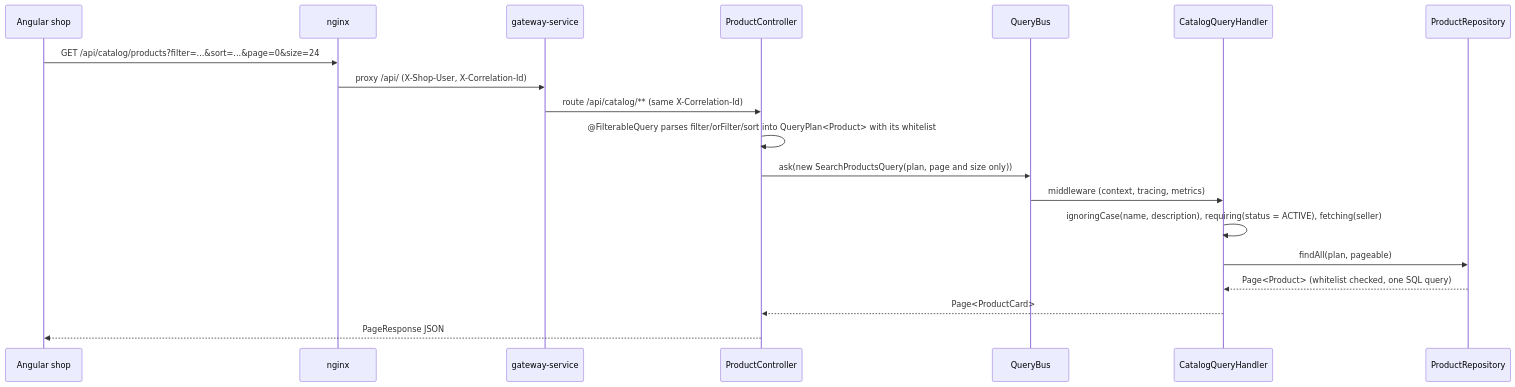
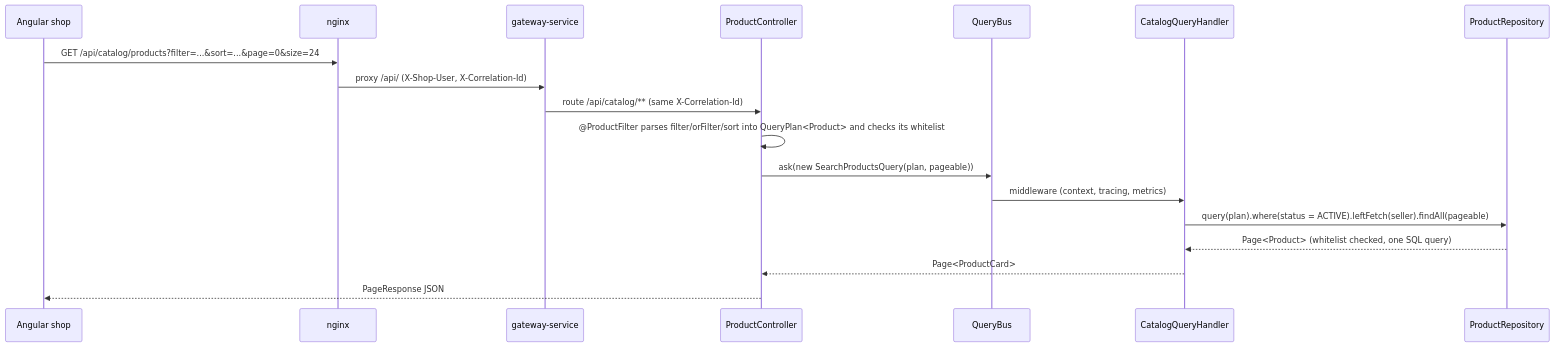
The diagram in docs/en/querying.md (borja-glez/spring-boot-shop-microservices-architecture-example), drawn with Mermaid before and after one commit. The commit also changed other lines of this file and 34 other files, not shown here.

````diff
--- a/docs/en/querying.md
+++ b/docs/en/querying.md
@@ -7,21 +7,20 @@
 ```mermaid
 sequenceDiagram
   participant UI as Angular shop
   participant N as nginx
   participant G as gateway-service
   participant C as ProductController
   participant Q as QueryBus
   participant H as CatalogQueryHandler
   participant R as ProductRepository
   UI->>N: GET /api/catalog/products?filter=...&sort=...&page=0&size=24
   N->>G: proxy /api/ (X-Shop-User, X-Correlation-Id)
   G->>C: route /api/catalog/** (same X-Correlation-Id)
-  C->>C: @FilterableQuery parses filter/orFilter/sort into QueryPlan<Product> with its whitelist
-  C->>Q: ask(new SearchProductsQuery(plan, page and size only))
+  C->>C: @ProductFilter parses filter/orFilter/sort into QueryPlan<Product> and checks its whitelist
+  C->>Q: ask(new SearchProductsQuery(plan, pageable))
   Q->>H: middleware (context, tracing, metrics)
-  H->>H: ignoringCase(name, description), requiring(status = ACTIVE), fetching(seller)
-  H->>R: findAll(plan, pageable)
+  H->>R: query(plan).where(status = ACTIVE).leftFetch(seller).findAll(pageable)
   R-->>H: Page<Product> (whitelist checked, one SQL query)
   H-->>C: Page<ProductCard>
   C-->>UI: PageResponse JSON
 ```
````
